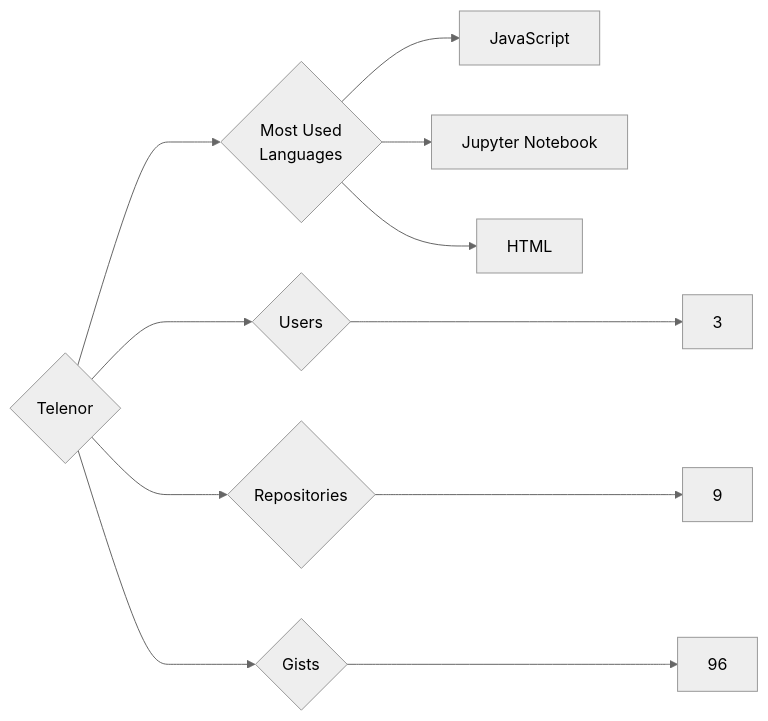
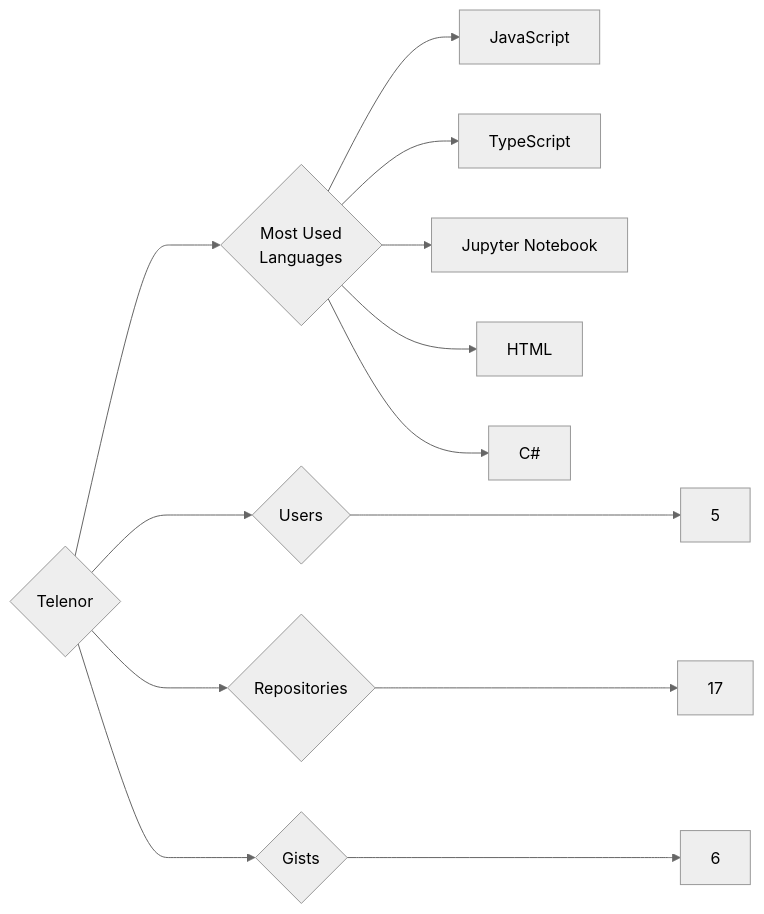
One commit to trickest/insiders changed the diagram in targets/Telenor/README.md. Above: the diagram before and after it, drawn with Mermaid (neutral theme). The commit also changed 1123 other files, not shown here.

````diff
--- a/targets/Telenor/README.md
+++ b/targets/Telenor/README.md
@@ -3,11 +3,13 @@
 ```mermaid
 graph LR
 COMPANY_NAME{Telenor}
-COMPANY_NAME ---> U{Users} ---> UN[3]
-COMPANY_NAME ---> R{Repositories} ---> RN[9]
-COMPANY_NAME ---> G{Gists} ---> GN[96]
+COMPANY_NAME ---> U{Users} ---> UN[5]
+COMPANY_NAME ---> R{Repositories} ---> RN[17]
+COMPANY_NAME ---> G{Gists} ---> GN[6]
 COMPANY_NAME ---> ML{Most Used<br>Languages}
 ML --> JavaScript[JavaScript]
+ML --> TypeScript[TypeScript]
 ML --> Jupyter_Notebook[Jupyter Notebook]
 ML --> HTML[HTML]
+ML --> C#[C#]
 ```
````
